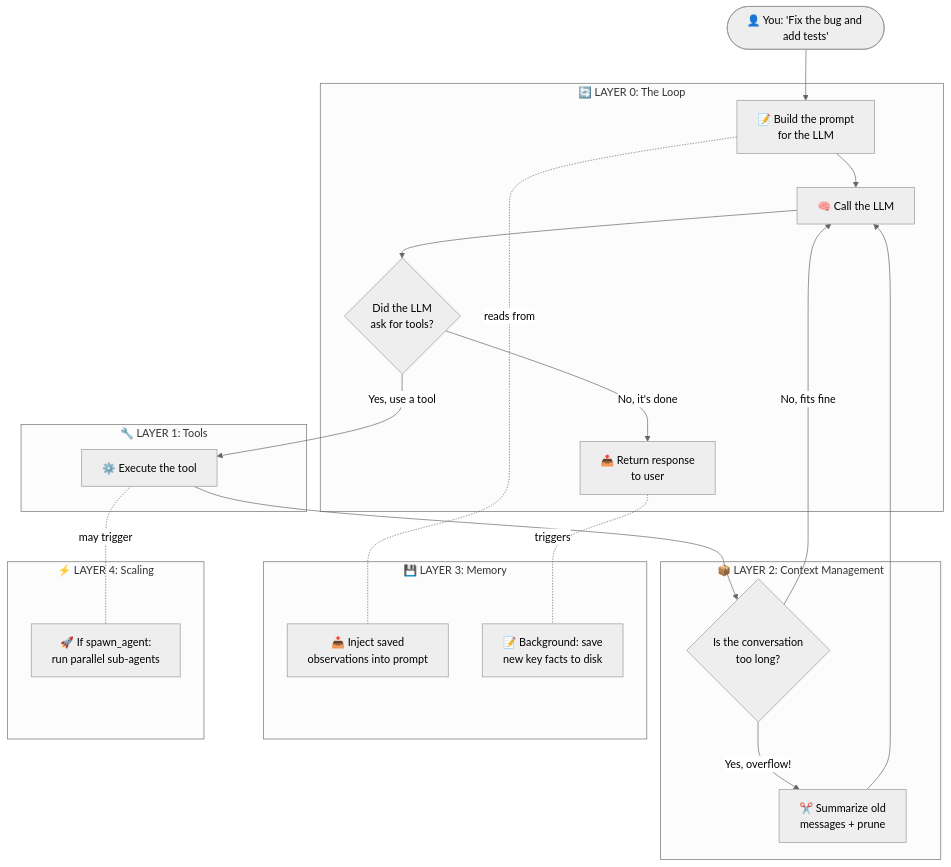
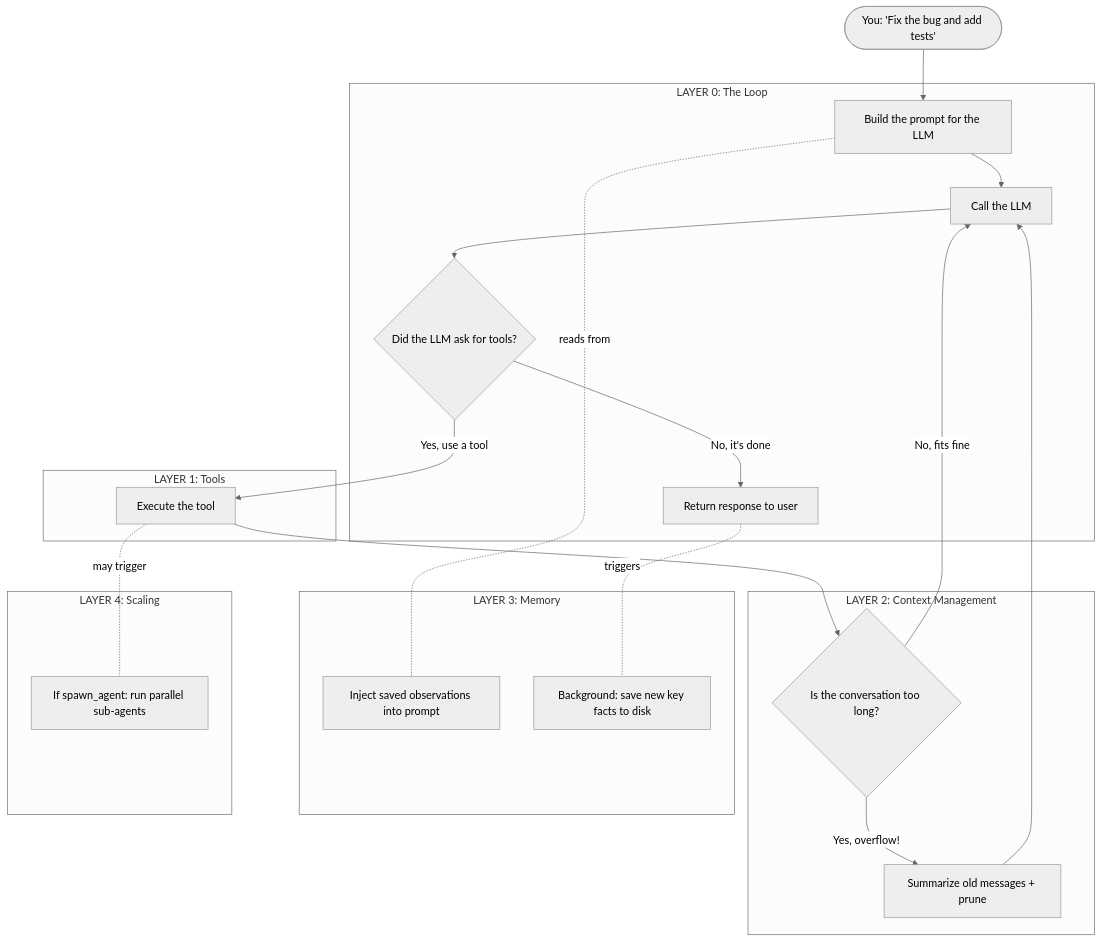
The sixth of 8 diagrams in README.md (2kages/agent-learning), drawn with Mermaid (neutral theme) before and after one commit. The commit also changed other lines of this file and 2 other files, not shown here.

````diff
--- a/README.md
+++ b/README.md
@@ -149,45 +220,44 @@
 ```mermaid
 flowchart TD
-    USER(["👤 You: 'Fix the bug and add tests'"])
+    USER(["You: 'Fix the bug and add tests'"])
     USER --> BUILD
 
-    subgraph LOOP ["🔄 LAYER 0: The Loop"]
-        BUILD["📝 Build the prompt<br/>for the LLM"]
-        CALL["🧠 Call the LLM"]
-        DECIDE{"Did the LLM<br/>ask for tools?"}
-        DONE["📤 Return response<br/>to user"]
+    subgraph LOOP ["LAYER 0: The Loop"]
+        BUILD["Build the prompt for the LLM"]
+        CALL["Call the LLM"]
+        DECIDE{"Did the LLM ask for tools?"}
+        DONE["Return response to user"]
 
         BUILD --> CALL
         CALL --> DECIDE
         DECIDE -->|"No, it's done"| DONE
     end
 
-    subgraph T ["🔧 LAYER 1: Tools"]
-        TOOLS["⚙️ Execute the tool"]
+    subgraph T ["LAYER 1: Tools"]
+        TOOLS["Execute the tool"]
     end
 
-    subgraph CTX ["📦 LAYER 2: Context Management"]
-        OVERFLOW{"Is the conversation<br/>too long?"}
-        COMPACT["✂️ Summarize old<br/>messages + prune"]
+    subgraph CTX ["LAYER 2: Context Management"]
+        OVERFLOW{"Is the conversation too long?"}
+        COMPACT["Summarize old messages + prune"]
     end
 
-    subgraph MEM ["💾 LAYER 3: Memory"]
-        INJECT["📥 Inject saved<br/>observations into prompt"]
-        OBSERVE["📝 Background: save<br/>new key facts to disk"]
+    subgraph MEM ["LAYER 3: Memory"]
+        INJECT["Inject saved observations into prompt"]
+        OBSERVE["Background: save new key facts to disk"]
     end
 
-    subgraph SCALE ["⚡ LAYER 4: Scaling"]
-        SPAWN["🚀 If spawn_agent:<br/>run parallel sub-agents"]
+    subgraph SCALE ["LAYER 4: Scaling"]
+        SPAWN["If spawn_agent: run parallel sub-agents"]
     end
 
     DECIDE -->|"Yes, use a tool"| TOOLS
     TOOLS --> OVERFLOW
     OVERFLOW -->|"No, fits fine"| CALL
     OVERFLOW -->|"Yes, overflow!"| COMPACT
     COMPACT --> CALL
 
     BUILD -.-|"reads from"| INJECT
     DONE -.-|"triggers"| OBSERVE
     TOOLS -.-|"may trigger"| SPAWN
-
 ```
````
